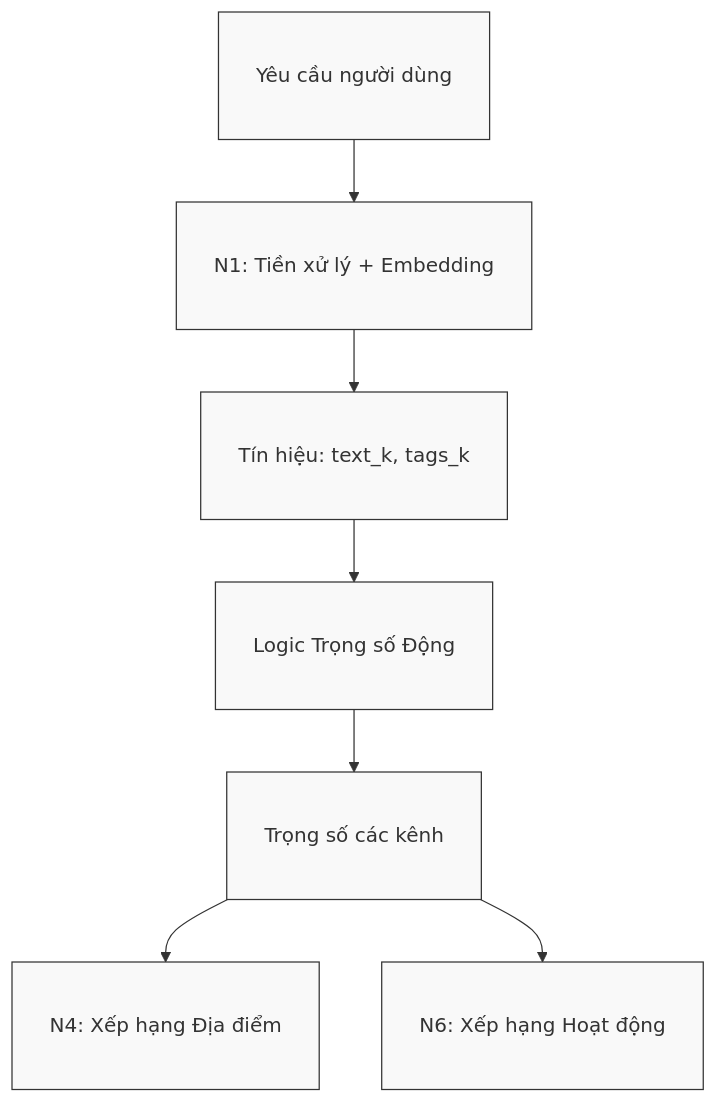
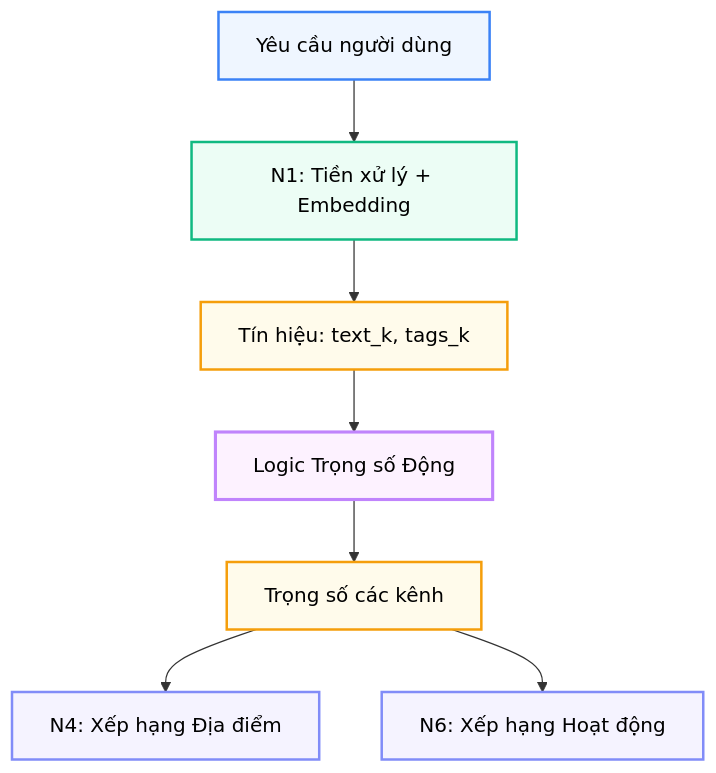
One commit to ltk6/travel-exp-planner changed the diagram in docs/architecture/dynamic_weighting.md. Above: the diagram before and after it, drawn with Mermaid. The commit also changed 70 other files, not shown here.

````diff
--- a/docs/architecture/dynamic_weighting.md
+++ b/docs/architecture/dynamic_weighting.md
@@ -32,15 +32,16 @@
 ```mermaid
----
-config:
-  flowchart:
-    useMaxWidth: false
----
+%%{init: {'flowchart': {'useMaxWidth': false}}}%%
 graph TD
-    classDef default fill:#f9f9f9,stroke:#333,stroke-width:1px,padding-left:10px,padding-right:10px,white-space:nowrap;
-    A[Yêu cầu người dùng] --> B[N1: Tiền xử lý + Embedding]
-    B --> C[Tín hiệu: text_k, tags_k]
-    C --> D[Logic Trọng số Động]
-    D --> E[Trọng số các kênh]
-    E --> F[N4: Xếp hạng Địa điểm]
-    E --> G[N6: Xếp hạng Hoạt động]
+    classDef client fill:#eff6ff,stroke:#3b82f6,stroke-width:2px,color:#000000;
+    classDef ml fill:#ecfdf5,stroke:#10b981,stroke-width:2px,color:#000000;
+    classDef signal fill:#fffbeb,stroke:#f59e0b,stroke-width:2px,color:#000000;
+    classDef logic fill:#fdf2ff,stroke:#c084fc,stroke-width:2.5px,color:#000000;
+    classDef ranking fill:#f5f3ff,stroke:#818cf8,stroke-width:2px,color:#000000;
+    
+    A["Yêu cầu người dùng"]:::client --> B["N1: Tiền xử lý + Embedding"]:::ml
+    B --> C["Tín hiệu: text_k, tags_k"]:::signal
+    C --> D["Logic Trọng số Động"]:::logic
+    D --> E["Trọng số các kênh"]:::signal
+    E --> F["N4: Xếp hạng Địa điểm"]:::ranking
+    E --> G["N6: Xếp hạng Hoạt động"]:::ranking
 ```
````
